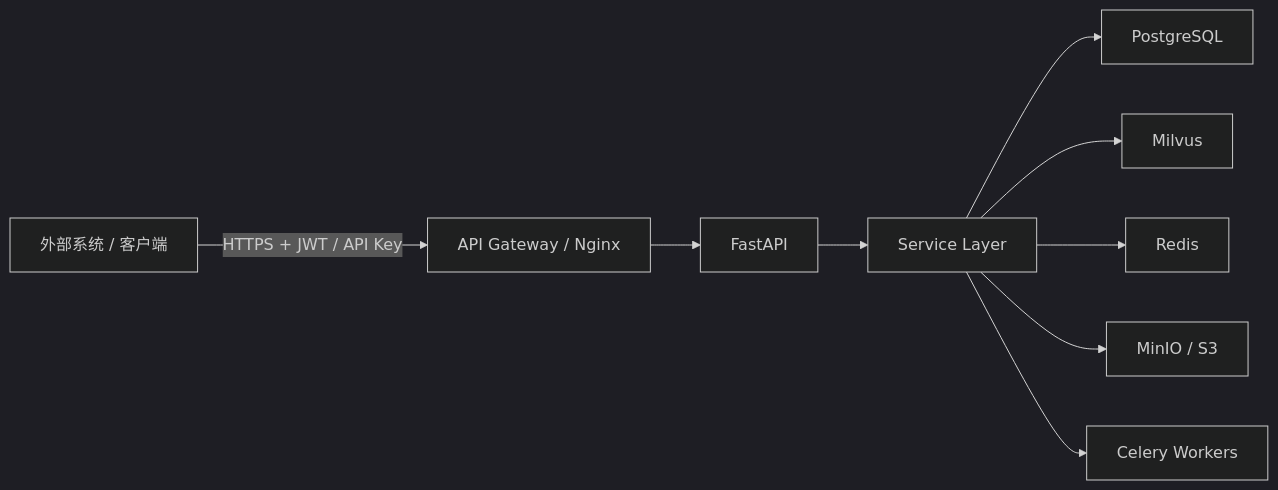
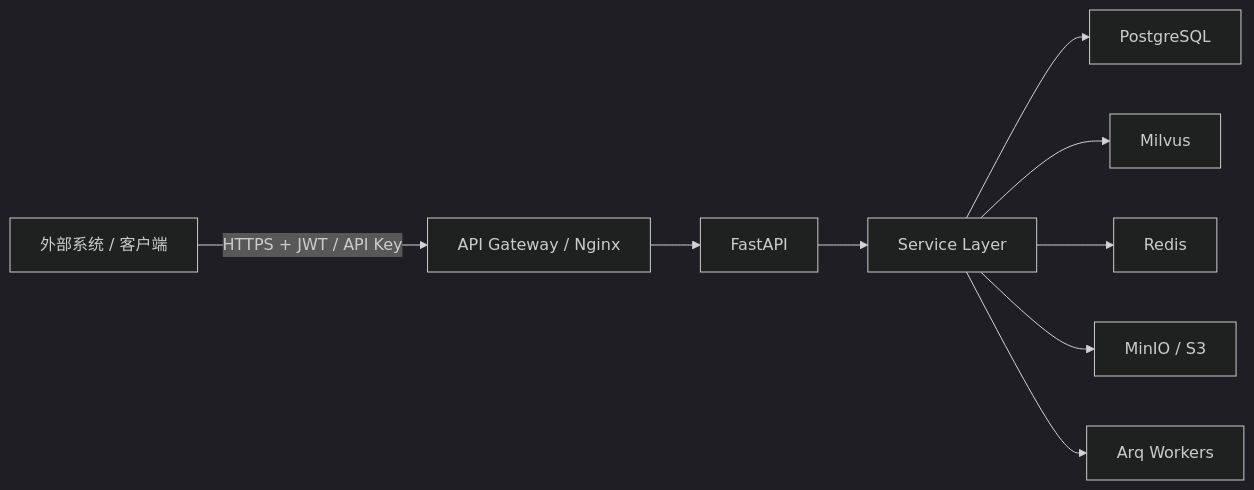
One commit to skygazer42/MimirQ changed the first of 2 diagrams in docs-site/docs/integration/welcome.md. Above: the diagram before and after it, drawn with Mermaid (dark theme). The commit also changed 34 other files, not shown here.

````diff
--- a/docs-site/docs/integration/welcome.md
+++ b/docs-site/docs/integration/welcome.md
@@ -12,21 +12,21 @@
 ```mermaid
 graph LR
     EXT["外部系统 / 客户端"]
     GW["API Gateway / Nginx"]
     API["FastAPI"]
     SVC["Service Layer"]
     DB["PostgreSQL"]
     VEC["Milvus"]
     CACHE["Redis"]
     OSS["MinIO / S3"]
-    WORKER["Celery Workers"]
+    WORKER["Arq Workers"]
 
     EXT -->|"HTTPS + JWT / API Key"| GW
     GW --> API
     API --> SVC
     SVC --> DB
     SVC --> VEC
     SVC --> CACHE
     SVC --> OSS
     SVC --> WORKER
 ```
````
